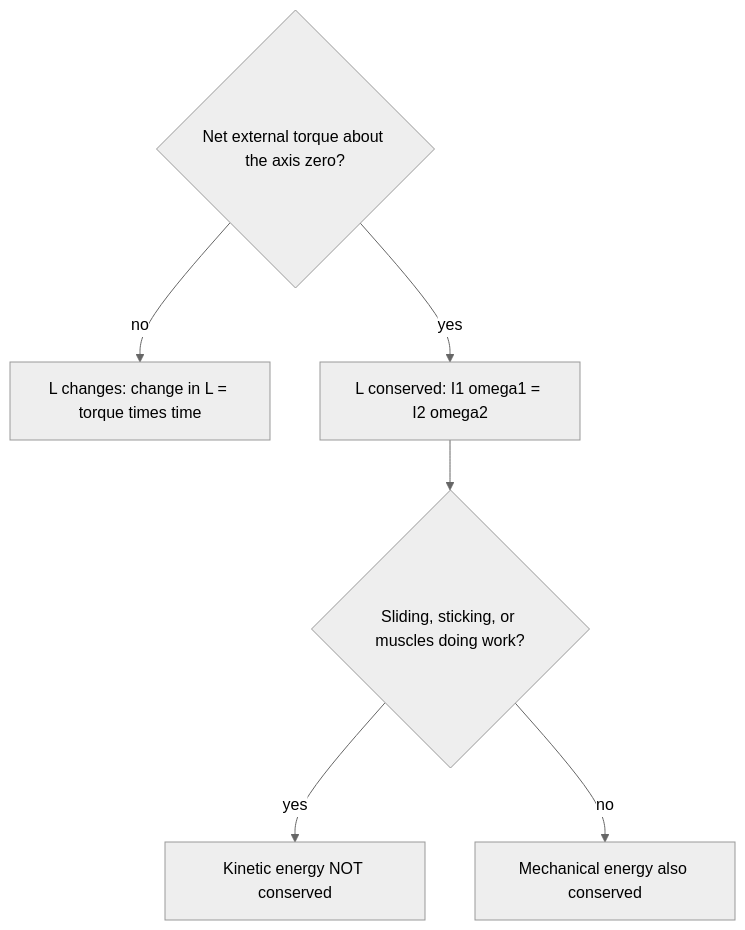
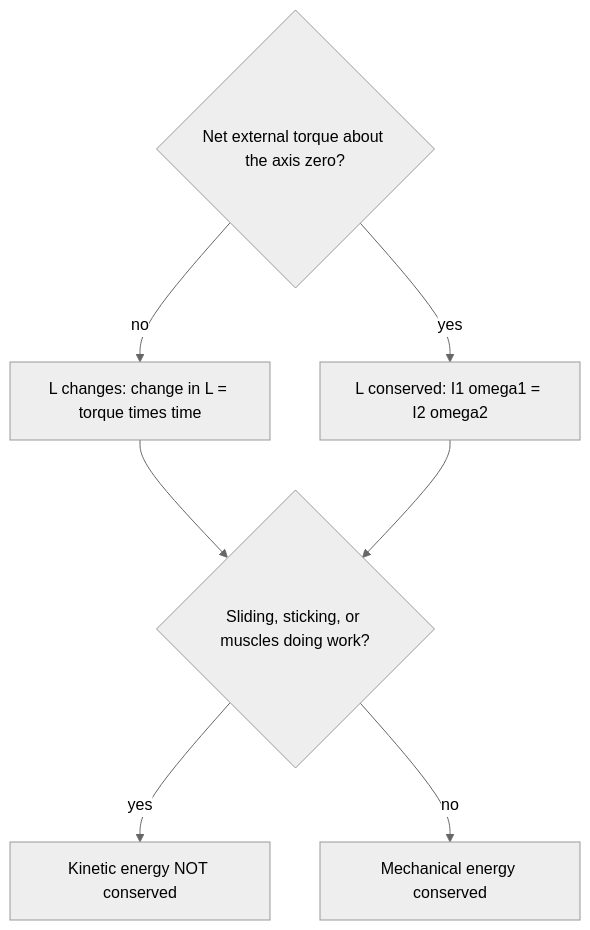
One commit to Aziliz/erudior changed the diagram in content/math/physics/lessons/17-rolling-angular-momentum.md. Above: the diagram before and after it, drawn with Mermaid (neutral theme). The commit also changed 6 other files, not shown here.

````diff
--- a/content/math/physics/lessons/17-rolling-angular-momentum.md
+++ b/content/math/physics/lessons/17-rolling-angular-momentum.md
@@ -76,10 +76,11 @@
 ```mermaid
 flowchart TD
   accTitle: Which quantities are conserved in a rotation problem
-  accDescr: If the net external torque about the axis is not zero, angular momentum changes, and the change equals torque times time. If the net external torque is zero, angular momentum is conserved. Then ask whether anything converts mechanical energy: if parts slide against each other, stick together, or muscles do work, kinetic energy is not conserved; otherwise, as in rolling without slipping with no losses, mechanical energy is conserved too.
+  accDescr: If the net external torque about the axis is not zero, angular momentum changes, and the change equals torque times time. If the net external torque is zero, angular momentum is conserved. In either case, separately ask whether anything converts mechanical energy: if parts slide against each other, stick together, or muscles do work, kinetic energy is not conserved; otherwise, as in rolling without slipping with no losses, mechanical energy is conserved.
   A{"Net external torque about the axis zero?"} -- no --> B["L changes: change in L = torque times time"]
   A -- yes --> C["L conserved: I1 omega1 = I2 omega2"]
-  C --> D{"Sliding, sticking, or muscles doing work?"}
+  B --> D{"Sliding, sticking, or muscles doing work?"}
+  C --> D
   D -- yes --> E["Kinetic energy NOT conserved"]
-  D -- no --> F["Mechanical energy also conserved"]
+  D -- no --> F["Mechanical energy conserved"]
 ```
````
